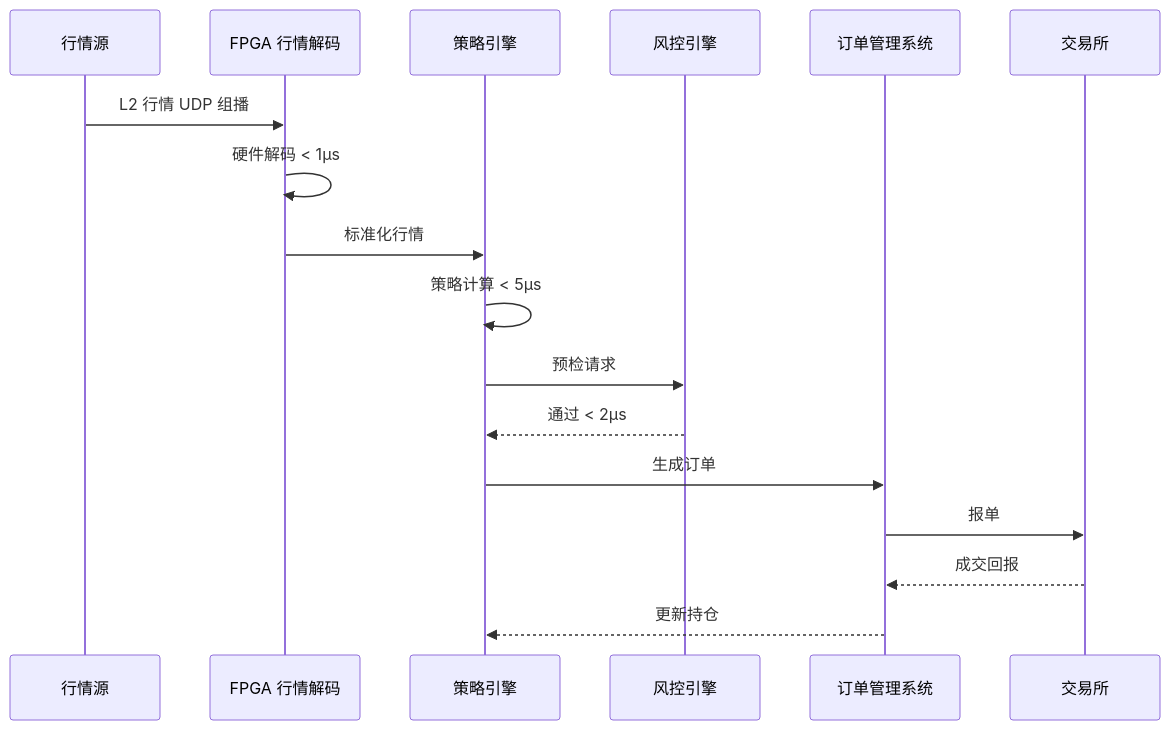
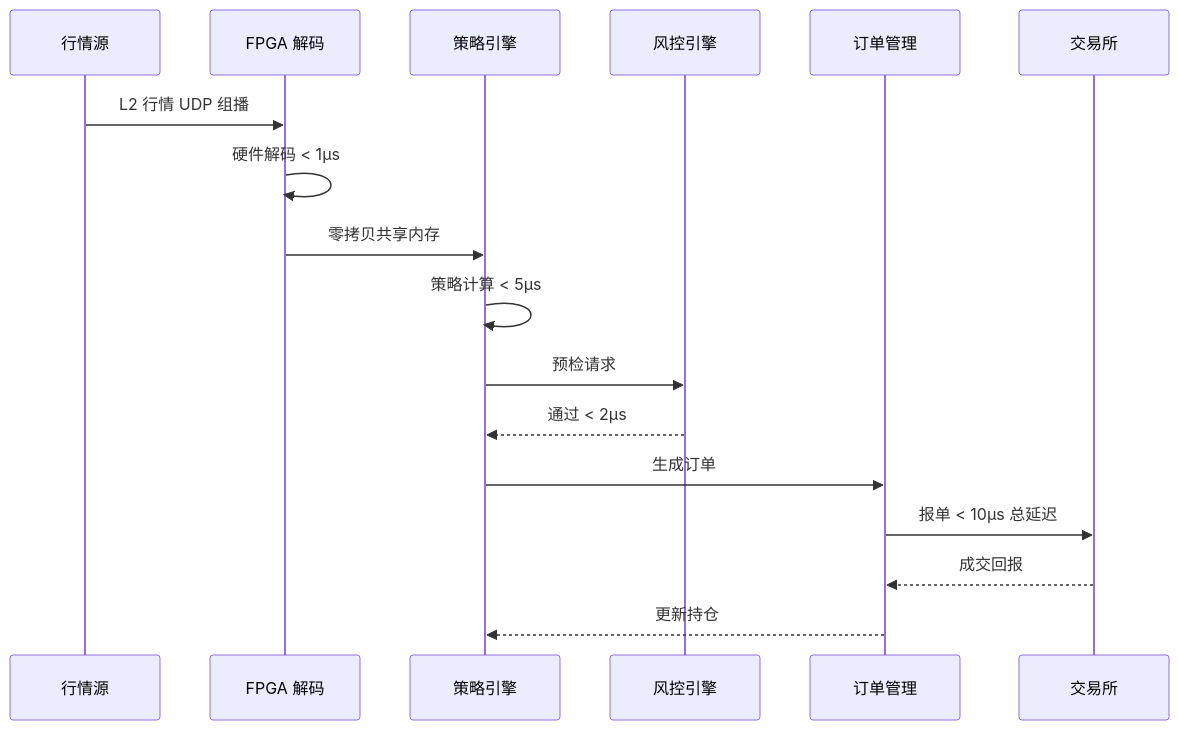
Before and after one commit to kudig-io/kudig-database: the second of 3 diagrams in topic-application-architecture/25-quantitative-trading.md, drawn with Mermaid. The commit also changed other lines of this file and 8633 other files, not shown here.

````diff
--- a/topic-application-architecture/25-quantitative-trading.md
+++ b/topic-application-architecture/25-quantitative-trading.md
@@ -95,20 +187,20 @@
 ```mermaid
 sequenceDiagram
     participant MD as 行情源
-    participant FPGA as FPGA 行情解码
+    participant FPGA as FPGA 解码
     participant STRAT as 策略引擎
     participant RISK as 风控引擎
-    participant OMS as 订单管理系统
+    participant OMS as 订单管理
     participant EX as 交易所
 
     MD->>FPGA: L2 行情 UDP 组播
     FPGA->>FPGA: 硬件解码 < 1μs
-    FPGA->>STRAT: 标准化行情
+    FPGA->>STRAT: 零拷贝共享内存
     STRAT->>STRAT: 策略计算 < 5μs
     STRAT->>RISK: 预检请求
     RISK-->>STRAT: 通过 < 2μs
     STRAT->>OMS: 生成订单
-    OMS->>EX: 报单
+    OMS->>EX: 报单 < 10μs 总延迟
     EX-->>OMS: 成交回报
     OMS-->>STRAT: 更新持仓
 ```
````
